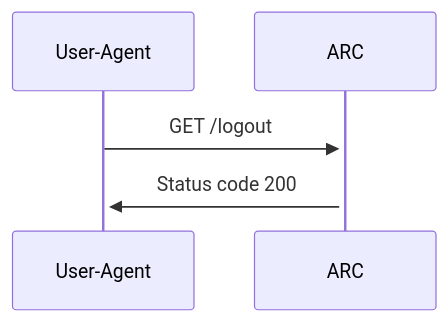
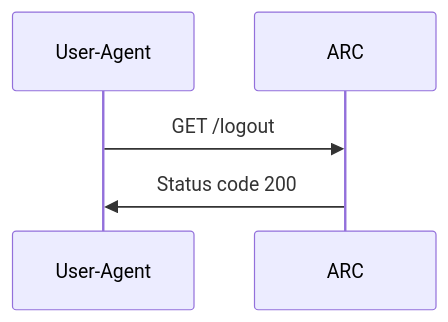
Before and after one commit to pagopa/p4pa-doc: the diagram in design/arc/oneidentity-integration/sequence_diagram_logout.mmd, drawn with Mermaid. The commit also changed 4 other files, not shown here.

Commit message:
P4PU-171 updated sequence and removed activate sign

```diff
--- a/design/arc/oneidentity-integration/sequence_diagram_logout.mmd
+++ b/design/arc/oneidentity-integration/sequence_diagram_logout.mmd
@@ -1,7 +1,7 @@
 sequenceDiagram
 
     participant User-Agent
     participant ARC
 
-    User-Agent ->>+ ARC: GET /logout
-    ARC ->>+ User-Agent: Status code 200
+    User-Agent ->> ARC: GET /logout
+    ARC ->> User-Agent: Status code 200
```
